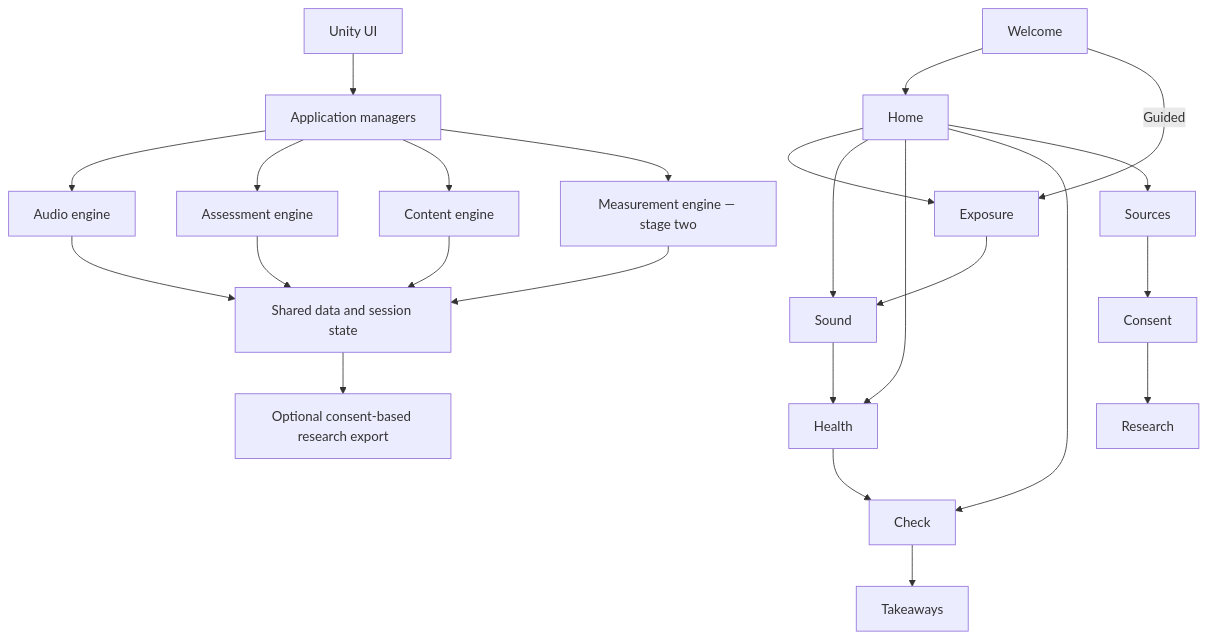
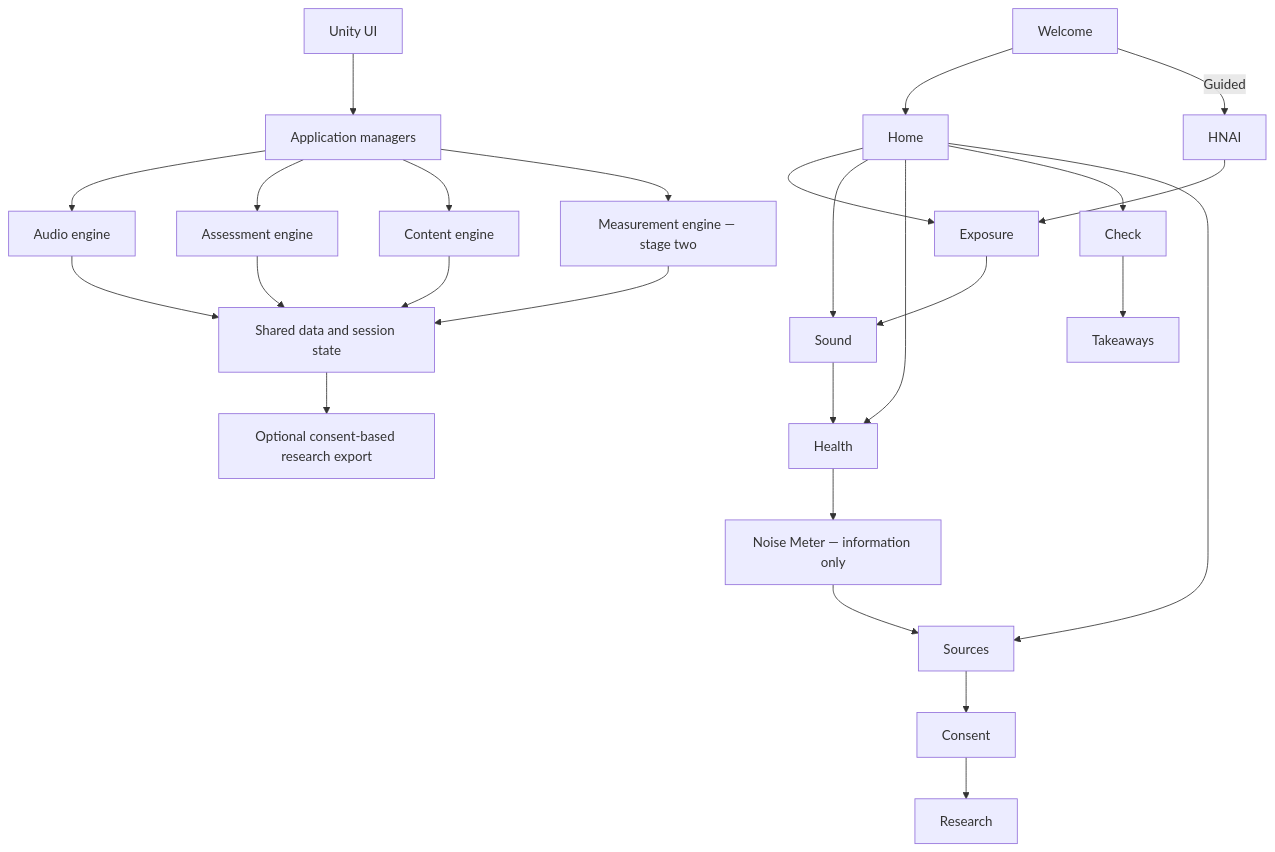
The diagram in Docs/AppArchitecture.md (sergiomcam/WHF), drawn with Mermaid before and after one commit. The commit also changed other lines of this file and 8 other files, not shown here.

Commit message:
Document HNAI-first guided journey and stage introduction popups

````diff
--- a/Docs/AppArchitecture.md
+++ b/Docs/AppArchitecture.md
@@ -14,26 +14,28 @@
 ```mermaid
 flowchart TD
     Welcome --> Home
-    Welcome -->|Guided| Exposure
+    Welcome -->|Guided| HNAI
+    HNAI --> Exposure
     Home --> Exposure
     Home --> Sound
     Home --> Health
     Home --> Check
     Home --> Sources
     Exposure --> Sound
     Sound --> Health
-    Health --> Check
+    Health --> MeterInfo[Noise Meter — information only]
+    MeterInfo --> Sources
     Check --> Takeaways
     Sources --> Consent
     Consent --> Research
     UI[Unity UI] --> Application[Application managers]
     Application --> Audio[Audio engine]
     Application --> Assessment[Assessment engine]
     Application --> Content[Content engine]
     Application --> Measurement[Measurement engine — stage two]
     Audio --> Data[Shared data and session state]
     Assessment --> Data
     Content --> Data
     Measurement --> Data
     Data --> Export[Optional consent-based research export]
 ```
````
